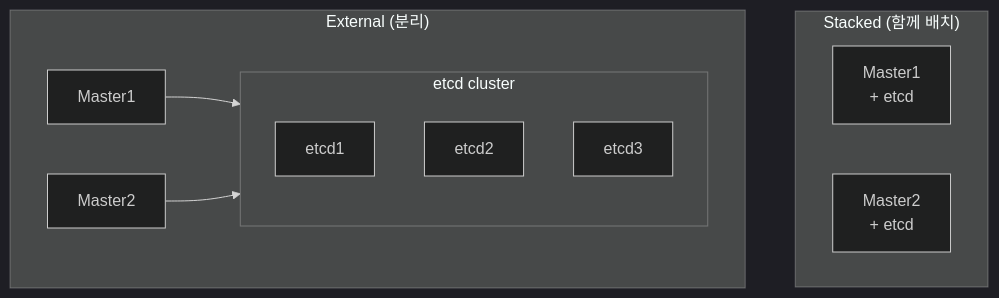
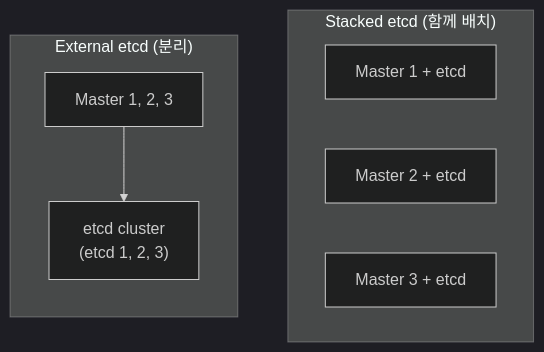
Before and after one commit to K-Diger/k-diger.github.io: diagram 16 of 16 in _posts/2025-12-23-kubernetes-02-architecture.md, drawn with Mermaid (dark theme). The commit also changed other lines of this file and 13 other files, not shown here.

````diff
--- a/_posts/2025-12-23-kubernetes-02-architecture.md
+++ b/_posts/2025-12-23-kubernetes-02-architecture.md
@@ -577,20 +537,15 @@
 ```mermaid
 flowchart TB
-    subgraph Stacked["Stacked (함께 배치)"]
-        M1S["Master1<br/>+ etcd"]
-        M2S["Master2<br/>+ etcd"]
+    subgraph Stacked["Stacked etcd (함께 배치)"]
+        M1S["Master 1 + etcd"]
+        M2S["Master 2 + etcd"]
+        M3S["Master 3 + etcd"]
     end
 
-    subgraph External["External (분리)"]
-        M1E["Master1"]
-        M2E["Master2"]
-        subgraph ETCD_Cluster["etcd cluster"]
-            E1["etcd1"]
-            E2["etcd2"]
-            E3["etcd3"]
-        end
+    subgraph External["External etcd (분리)"]
+        direction TB
+        Masters["Master 1, 2, 3"]
+        ETCD["etcd cluster<br/>(etcd 1, 2, 3)"]
+        Masters --> ETCD
     end
-
-    M1E --> ETCD_Cluster
-    M2E --> ETCD_Cluster
 ```
````
